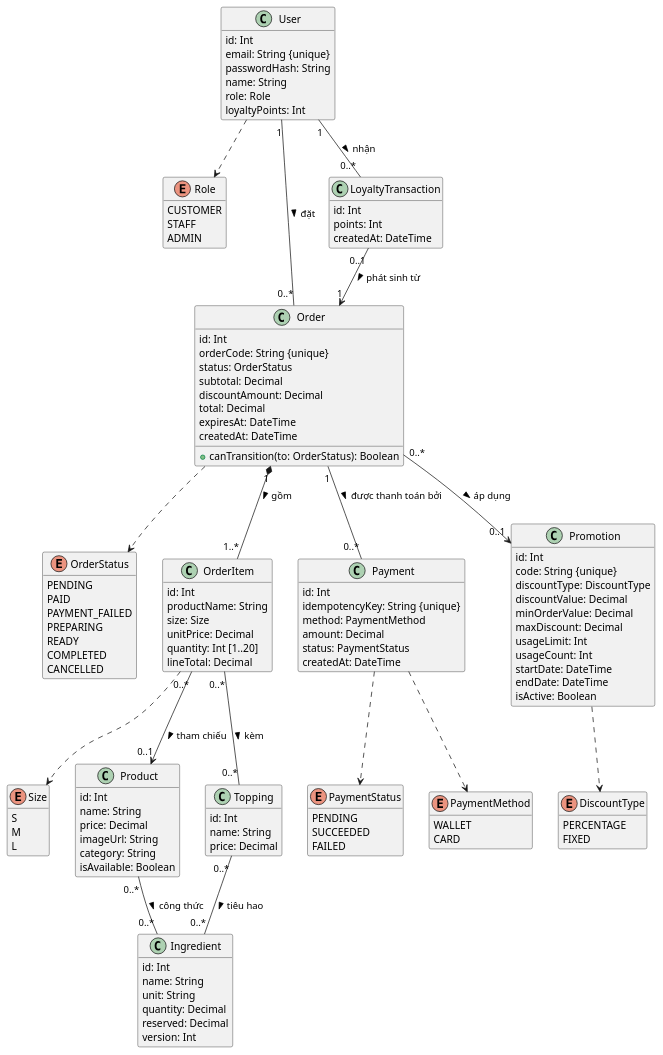
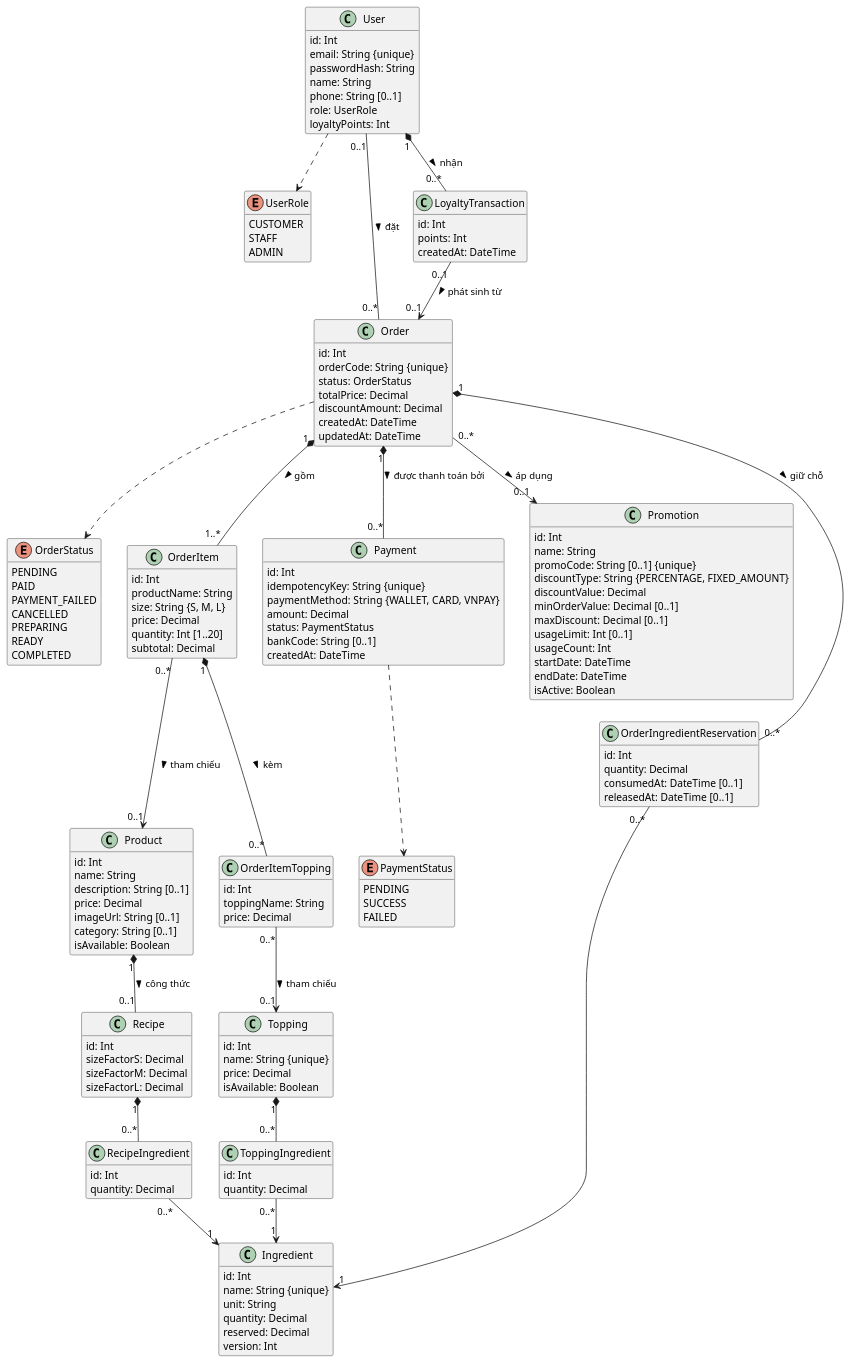
One commit to dinh-hung-116/BrewLite-Assignment2 changed the diagram in docs/diagrams/class-domain.puml. Above: the diagram before and after it, drawn with PlantUML. The commit also changed 10 other files, not shown here.

First line of the commit message:
docs(diagrams): sửa activity, sequence, class theo code và schema thật

```diff
--- a/docs/diagrams/class-domain.puml
+++ b/docs/diagrams/class-domain.puml
@@ -1,131 +1,150 @@
 @startuml class-domain
-' Class diagram mức domain (Task 2.3)
+' Class diagram mức domain (Task 2.3) – bám đúng apps/api/prisma/schema.prisma
+' Tên thuộc tính viết camelCase, ánh xạ 1-1 với cột snake_case trong CSDL.
 skinparam shadowing false
 hide empty methods
 
-enum Role {
+enum UserRole {
   CUSTOMER
   STAFF
   ADMIN
 }
 enum OrderStatus {
   PENDING
   PAID
   PAYMENT_FAILED
+  CANCELLED
   PREPARING
   READY
   COMPLETED
-  CANCELLED
 }
 enum PaymentStatus {
   PENDING
-  SUCCEEDED
+  SUCCESS
   FAILED
-}
-enum PaymentMethod {
-  WALLET
-  CARD
-}
-enum Size {
-  S
-  M
-  L
-}
-enum DiscountType {
-  PERCENTAGE
-  FIXED
 }
 
 class User {
   id: Int
   email: String {unique}
   passwordHash: String
   name: String
-  role: Role
+  phone: String [0..1]
+  role: UserRole
   loyaltyPoints: Int
 }
 class Product {
   id: Int
   name: String
+  description: String [0..1]
   price: Decimal
-  imageUrl: String
-  category: String
+  imageUrl: String [0..1]
+  category: String [0..1]
   isAvailable: Boolean
 }
 class Topping {
   id: Int
-  name: String
+  name: String {unique}
   price: Decimal
+  isAvailable: Boolean
 }
 class Order {
   id: Int
   orderCode: String {unique}
   status: OrderStatus
-  subtotal: Decimal
+  totalPrice: Decimal
   discountAmount: Decimal
-  total: Decimal
-  expiresAt: DateTime
   createdAt: DateTime
-  +canTransition(to: OrderStatus): Boolean
+  updatedAt: DateTime
 }
 class OrderItem {
   id: Int
   productName: String
-  size: Size
-  unitPrice: Decimal
+  size: String {S, M, L}
+  price: Decimal
   quantity: Int [1..20]
-  lineTotal: Decimal
+  subtotal: Decimal
+}
+class OrderItemTopping {
+  id: Int
+  toppingName: String
+  price: Decimal
 }
 class Payment {
   id: Int
   idempotencyKey: String {unique}
-  method: PaymentMethod
+  paymentMethod: String {WALLET, CARD, VNPAY}
   amount: Decimal
   status: PaymentStatus
+  bankCode: String [0..1]
   createdAt: DateTime
 }
 class Promotion {
   id: Int
-  code: String {unique}
-  discountType: DiscountType
+  name: String
+  promoCode: String [0..1] {unique}
+  discountType: String {PERCENTAGE, FIXED_AMOUNT}
   discountValue: Decimal
-  minOrderValue: Decimal
-  maxDiscount: Decimal
-  usageLimit: Int
+  minOrderValue: Decimal [0..1]
+  maxDiscount: Decimal [0..1]
+  usageLimit: Int [0..1]
   usageCount: Int
   startDate: DateTime
   endDate: DateTime
   isActive: Boolean
 }
 class LoyaltyTransaction {
   id: Int
   points: Int
   createdAt: DateTime
 }
+class Recipe {
+  id: Int
+  sizeFactorS: Decimal
+  sizeFactorM: Decimal
+  sizeFactorL: Decimal
+}
+class RecipeIngredient {
+  id: Int
+  quantity: Decimal
+}
+class ToppingIngredient {
+  id: Int
+  quantity: Decimal
+}
 class Ingredient {
   id: Int
-  name: String
+  name: String {unique}
   unit: String
   quantity: Decimal
   reserved: Decimal
   version: Int
 }
+class OrderIngredientReservation {
+  id: Int
+  quantity: Decimal
+  consumedAt: DateTime [0..1]
+  releasedAt: DateTime [0..1]
+}
 
-User "1" -- "0..*" Order : đặt >
+User "0..1" -- "0..*" Order : đặt >
 Order "1" *-- "1..*" OrderItem : gồm >
+OrderItem "1" *-- "0..*" OrderItemTopping : kèm >
 OrderItem "0..*" --> "0..1" Product : tham chiếu >
-OrderItem "0..*" -- "0..*" Topping : kèm >
-Order "1" -- "0..*" Payment : được thanh toán bởi >
+OrderItemTopping "0..*" --> "0..1" Topping : tham chiếu >
+Order "1" *-- "0..*" Payment : được thanh toán bởi >
 Order "0..*" --> "0..1" Promotion : áp dụng >
-User "1" -- "0..*" LoyaltyTransaction : nhận >
-LoyaltyTransaction "0..1" --> "1" Order : phát sinh từ >
-Product "0..*" -- "0..*" Ingredient : công thức >
-Topping "0..*" -- "0..*" Ingredient : tiêu hao >
+User "1" *-- "0..*" LoyaltyTransaction : nhận >
+LoyaltyTransaction "0..1" --> "0..1" Order : phát sinh từ >
+Product "1" *-- "0..1" Recipe : công thức >
+Recipe "1" *-- "0..*" RecipeIngredient
+RecipeIngredient "0..*" --> "1" Ingredient
+Topping "1" *-- "0..*" ToppingIngredient
+ToppingIngredient "0..*" --> "1" Ingredient
+Order "1" *-- "0..*" OrderIngredientReservation : giữ chỗ >
+OrderIngredientReservation "0..*" --> "1" Ingredient
 
-User ..> Role
+User ..> UserRole
 Order ..> OrderStatus
 Payment ..> PaymentStatus
-Payment ..> PaymentMethod
-OrderItem ..> Size
-Promotion ..> DiscountType
 @enduml
```
